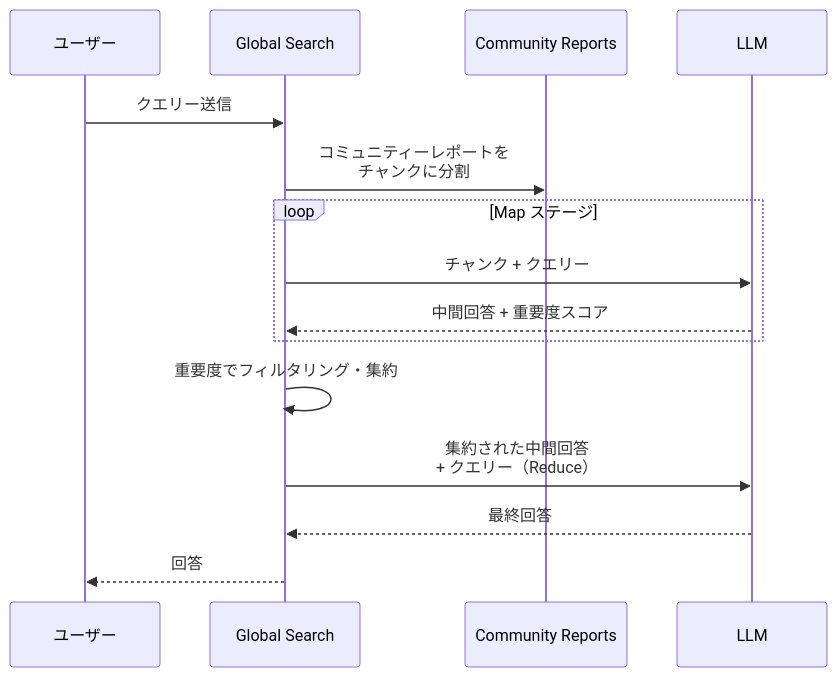
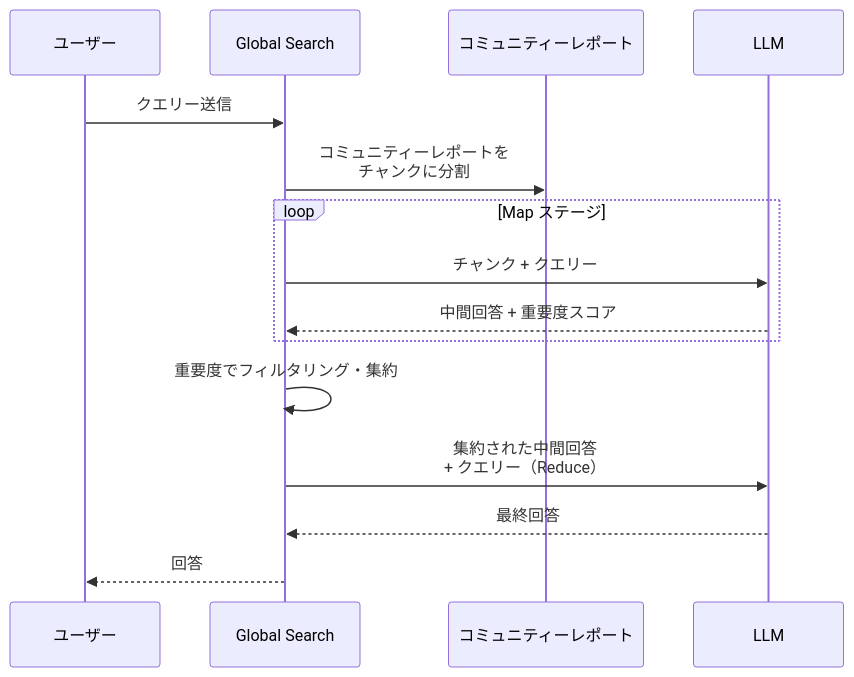
One commit to yoichiozaki/yoichiozaki.github.io changed the third of 5 diagrams in content/blog/ja/graphrag.mdx. Above: the diagram before and after it, drawn with Mermaid. The commit also changed other lines of this file and 220 other files, not shown here.

````diff
--- a/content/blog/ja/graphrag.mdx
+++ b/content/blog/ja/graphrag.mdx
@@ -230,18 +230,18 @@
 ```mermaid
 sequenceDiagram
     participant U as ユーザー
     participant G as Global Search
-    participant CR as Community Reports
+    participant CR as コミュニティーレポート
     participant LLM as LLM
 
     U->>G: クエリー送信
     G->>CR: コミュニティーレポートを<br/>チャンクに分割
     loop Map ステージ
         G->>LLM: チャンク + クエリー
         LLM-->>G: 中間回答 + 重要度スコア
     end
     G->>G: 重要度でフィルタリング・集約
     G->>LLM: 集約された中間回答<br/>+ クエリー（Reduce）
     LLM-->>G: 最終回答
     G-->>U: 回答
 ```
````
